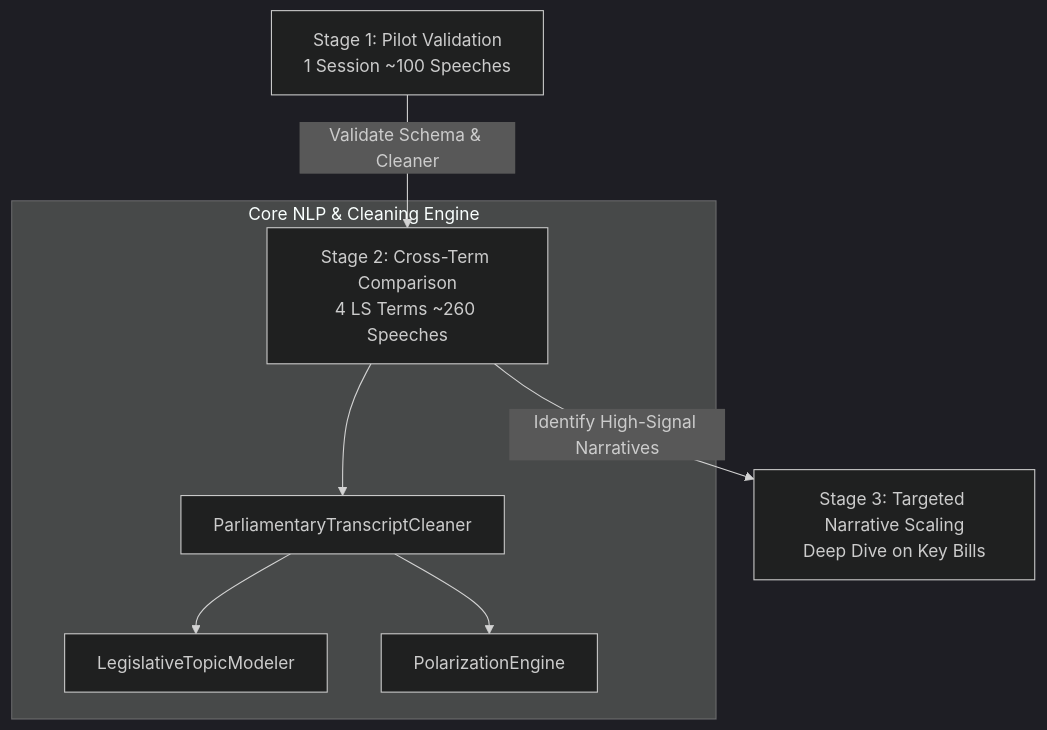
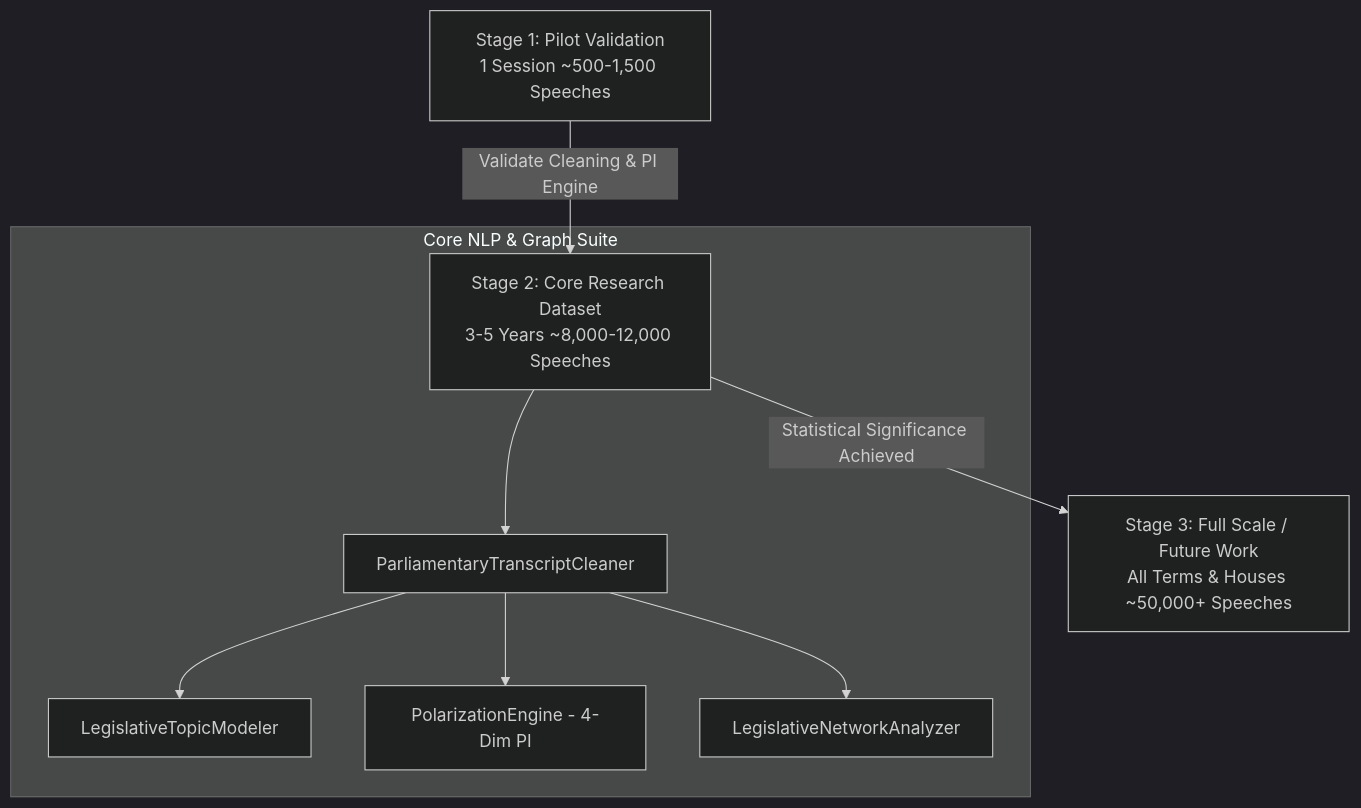
Before and after one commit to raiyashu2004/political-data: the diagram in README.md, drawn with Mermaid (dark theme). The commit also changed other lines of this file and 19 other files, not shown here.

Commit message:
feat: upgrade to Stage 2 Core Research Dataset (~9.6K speeches, 12 bills, NetworkX & Moat UI)

````diff
--- a/README.md
+++ b/README.md
@@ -11,11 +11,12 @@
 ```mermaid
 graph TD
-    A[Stage 1: Pilot Validation<br/>1 Session ~100 Speeches] -->|Validate Schema & Cleaner| B[Stage 2: Cross-Term Comparison<br/>4 LS Terms ~260 Speeches]
-    B -->|Identify High-Signal Narratives| C[Stage 3: Targeted Narrative Scaling<br/>Deep Dive on Key Bills]
+    A[Stage 1: Pilot Validation<br/>1 Session ~500-1,500 Speeches] -->|Validate Cleaning & PI Engine| B[Stage 2: Core Research Dataset<br/>3-5 Years ~8,000-12,000 Speeches]
+    B -->|Statistical Significance Achieved| C[Stage 3: Full Scale / Future Work<br/>All Terms & Houses ~50,000+ Speeches]
     
-    subgraph Core NLP & Cleaning Engine
+    subgraph Core NLP & Graph Suite
         B --> D[ParliamentaryTranscriptCleaner]
         D --> E[LegislativeTopicModeler]
-        D --> F[PolarizationEngine]
+        D --> F[PolarizationEngine - 4-Dim PI]
+        D --> G[LegislativeNetworkAnalyzer]
     end
 ```
````
